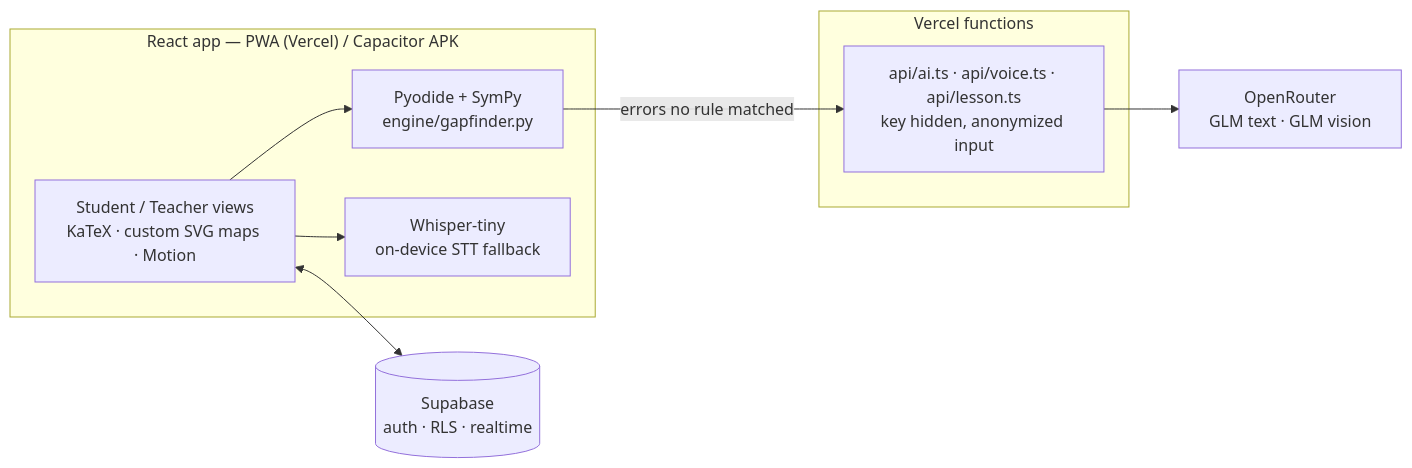
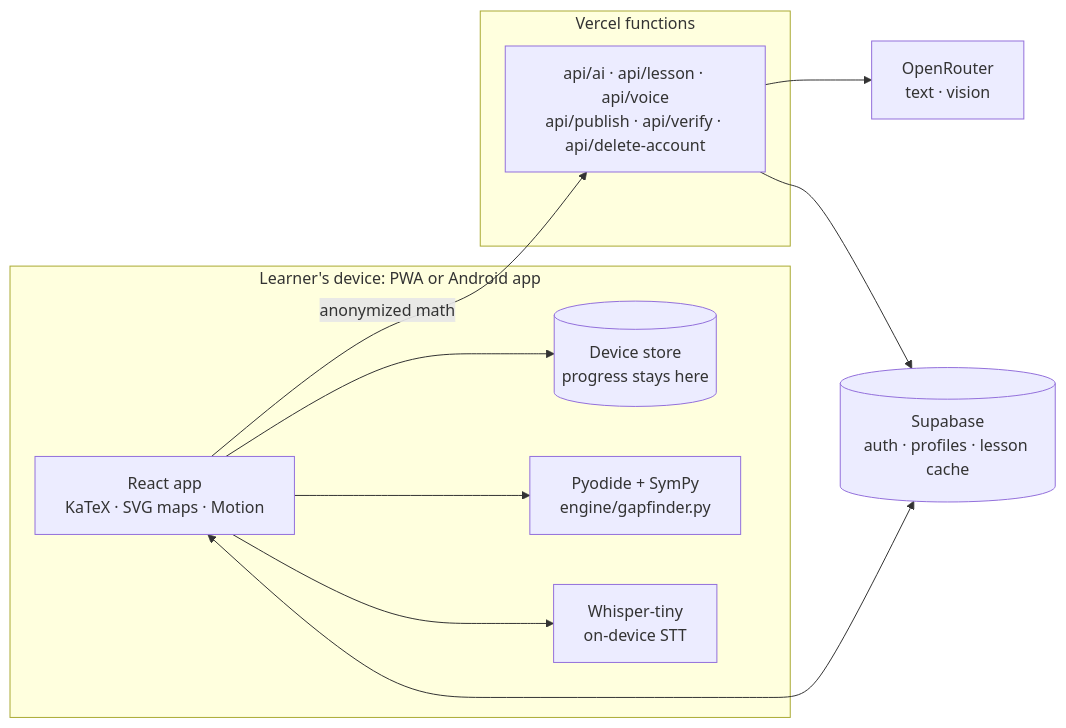
The diagram in README.md (Manflora27/HackathonBsit), drawn with Mermaid before and after one commit. The commit also changed other lines of this file and 38 other files, not shown here.

First line of the commit message:
Student-only app: remove teacher features, clearer account deletion, Android app

````diff
--- a/README.md
+++ b/README.md
@@ -39,16 +47,19 @@
 ```mermaid
 flowchart LR
-  subgraph APP["React app — PWA (Vercel) / Capacitor APK"]
-    UI[Student / Teacher views<br/>KaTeX · custom SVG maps · Motion]
+  subgraph APP["Learner's device: PWA or Android app"]
+    UI[React app<br/>KaTeX · SVG maps · Motion]
+    ST[(Device store<br/>progress stays here)]
     PY[Pyodide + SymPy<br/>engine/gapfinder.py]
-    WH[Whisper-tiny<br/>on-device STT fallback]
+    WH[Whisper-tiny<br/>on-device STT]
   end
   subgraph SV["Vercel functions"]
-    PX[api/ai.ts · api/voice.ts · api/lesson.ts<br/>key hidden, anonymized input]
+    PX[api/ai · api/lesson · api/voice<br/>api/publish · api/verify · api/delete-account]
   end
+  UI --> ST
   UI --> PY
   UI --> WH
-  PY -- errors no rule matched --> PX
-  PX --> OR[OpenRouter<br/>GLM text · GLM vision]
-  UI <--> DB[(Supabase<br/>auth · RLS · realtime)]
+  UI -- anonymized math --> PX
+  PX --> OR[OpenRouter<br/>text · vision]
+  PX --> DB
+  UI <--> DB[(Supabase<br/>auth · profiles · lesson cache)]
 ```
````
